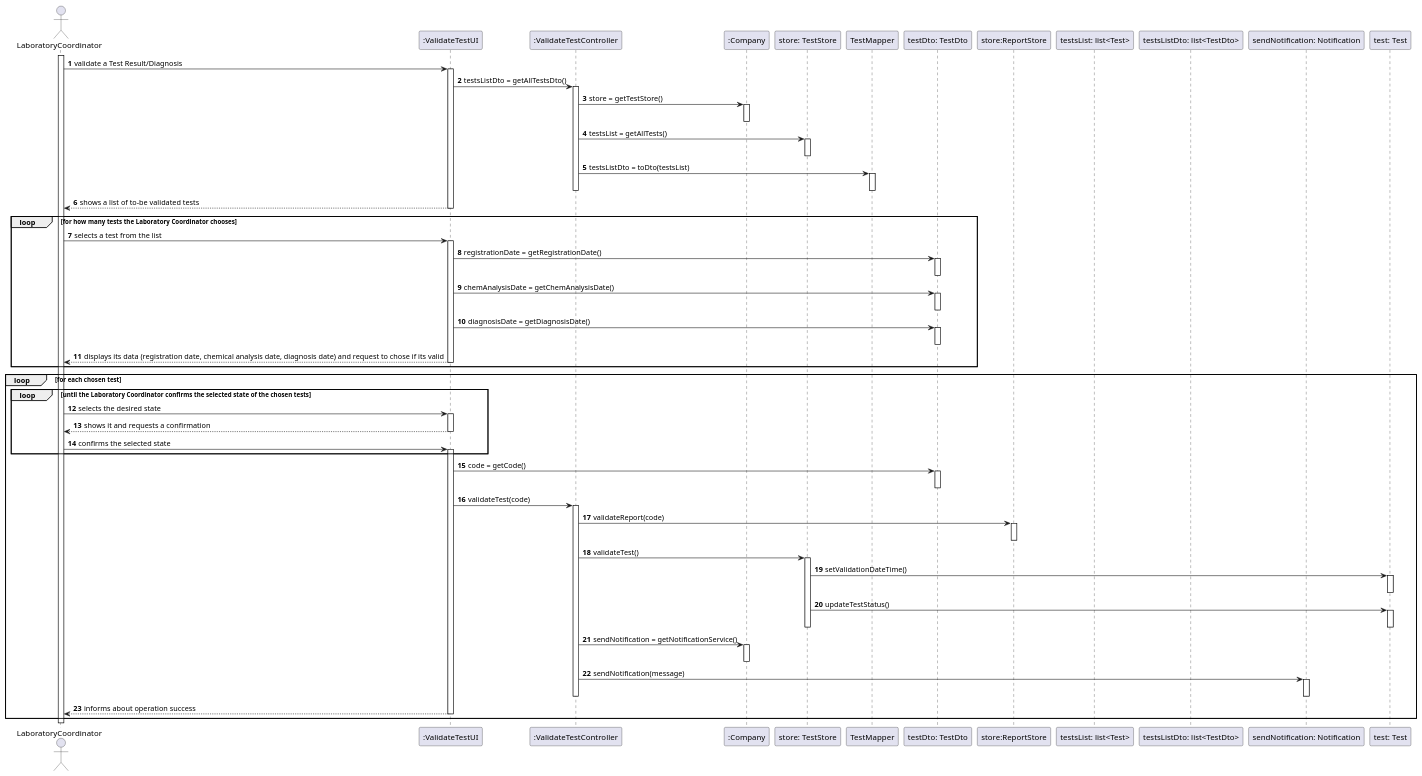
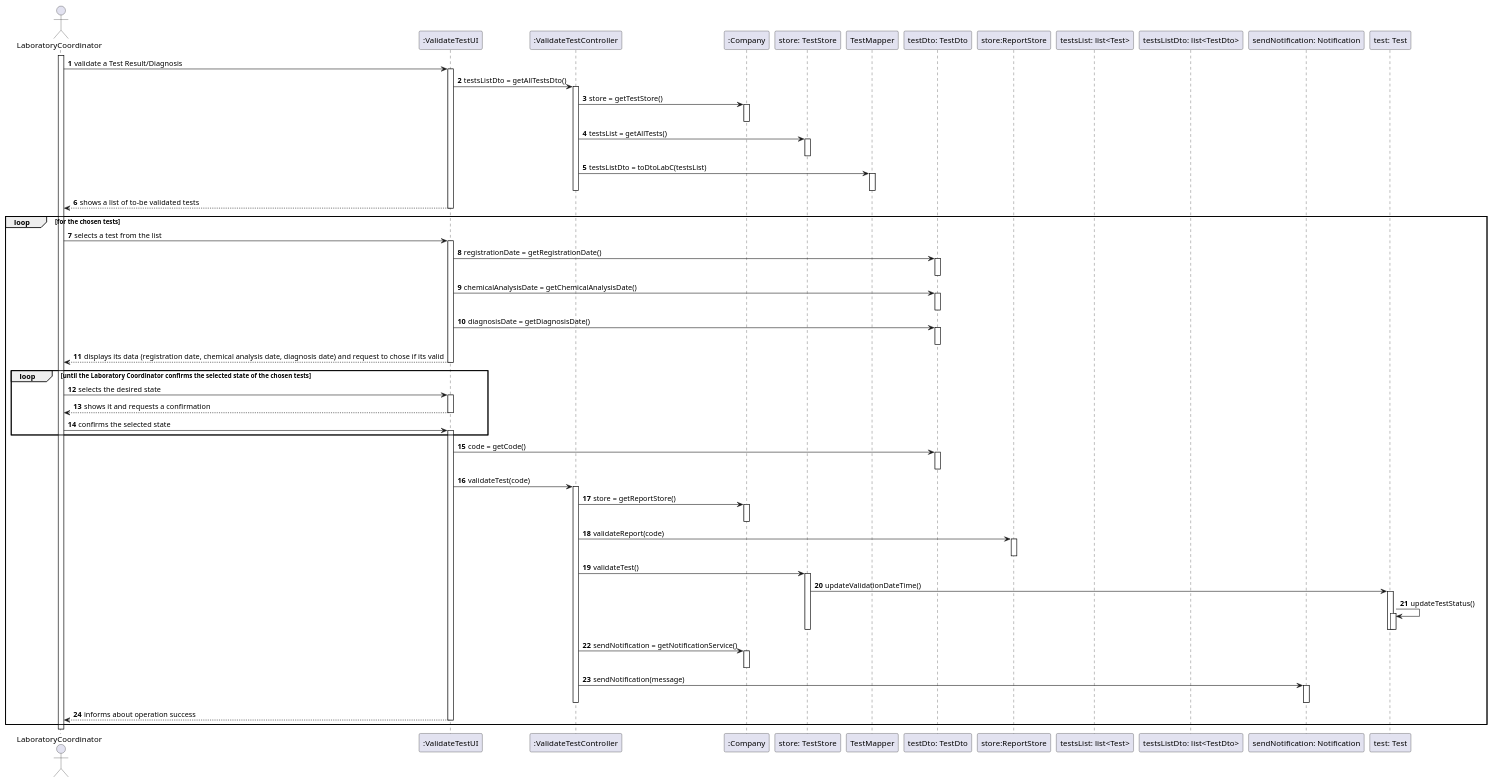
The diagram in docs/SprintC/US15/US15-SD.puml (0franciscor/lei-21-s2-1de-g19), drawn with PlantUML before and after one commit. The commit also changed 9 other files, not shown here.

Commit message:
[US14, US15, DM] - Alterações na classe Report, Alterações dos Diagramas e Alterações no modelo de domínio.

```diff
--- a/docs/SprintC/US15/US15-SD.puml
+++ b/docs/SprintC/US15/US15-SD.puml
@@ -1,139 +1,140 @@
 @startuml
 autonumber
 
 actor "LaboratoryCoordinator" as labC
 activate labC
 
 participant ":ValidateTestUI" as validateTestUI
 participant ":ValidateTestController" as validateTestCont
 participant ":Company" as comp
 participant "store: TestStore" as TestStore
 participant "TestMapper" as TestMapper
 participant "testDto: TestDto" as TestDto
 participant "store:ReportStore" as ReportStore
 participant "testsList: list<Test>" as testsList
 participant "testsListDto: list<TestDto>" as testsListDto
 participant "sendNotification: Notification" as notification
 participant "test: Test" as test
 
 
 labC -> validateTestUI : validate a Test Result/Diagnosis
 
 
 activate validateTestUI
 validateTestUI -> validateTestCont: testsListDto = getAllTestsDto()
 
 
 activate validateTestCont
 
 
 validateTestCont -> comp : store = getTestStore()
 activate comp
 deactivate comp
 
 
 validateTestCont -> TestStore : testsList = getAllTests()
 activate TestStore
 deactivate TestStore
 
 
-validateTestCont -> TestMapper : testsListDto = toDto(testsList)
+validateTestCont -> TestMapper : testsListDto = toDtoLabC(testsList)
 activate TestMapper
 deactivate TestMapper
 
 
 deactivate validateTestCont
 
 
 validateTestUI --> labC : shows a list of to-be validated tests
 deactivate validateTestUI
 
 
-loop for how many tests the Laboratory Coordinator chooses
+loop for the chosen tests
 labC -> validateTestUI : selects a test from the list
 activate validateTestUI
 
 
 validateTestUI -> TestDto : registrationDate = getRegistrationDate()
 activate TestDto
 deactivate TestDto
 
 
-validateTestUI -> TestDto : chemAnalysisDate = getChemAnalysisDate()
+validateTestUI -> TestDto : chemicalAnalysisDate = getChemicalAnalysisDate()
 activate TestDto
 deactivate TestDto
 
 
 validateTestUI -> TestDto : diagnosisDate = getDiagnosisDate()
 activate TestDto
 deactivate TestDto
 
 
 validateTestUI --> labC : displays its data (registration date, chemical analysis date, diagnosis date) and request to chose if its valid
 deactivate validateTestUI
-end
-
-
 
 
 deactivate validateTestUI
 
-loop for each chosen test
 
 loop until the Laboratory Coordinator confirms the selected state of the chosen tests
 labC -> validateTestUI : selects the desired state
 activate validateTestUI
 
 
 validateTestUI --> labC : shows it and requests a confirmation
 deactivate validateTestUI
 
 labC -> validateTestUI : confirms the selected state
 activate validateTestUI
 end
 
 
 validateTestUI -> TestDto : code = getCode()
 activate TestDto
 deactivate TestDto
 
 
 validateTestUI -> validateTestCont : validateTest(code)
 
 
 activate validateTestCont
+
+validateTestCont -> comp: store = getReportStore()
+activate comp
+deactivate comp
+
+
 validateTestCont -> ReportStore : validateReport(code)
 activate ReportStore
 deactivate ReportStore
 
 validateTestCont -> TestStore : validateTest()
 activate TestStore
 
 
-TestStore -> test : setValidationDateTime()
-activate test
-deactivate test
+TestStore -> test ++: updateValidationDateTime()
 
 
-TestStore -> test : updateTestStatus()
-activate test
+test -> test ++: updateTestStatus()
+deactivate test
 deactivate test
 deactivate TestStore
 
 
 validateTestCont -> comp: sendNotification = getNotificationService()
 activate comp
 deactivate comp
+
 
 validateTestCont -> notification: sendNotification(message)
 activate notification
 deactivate notification
 deactivate validateTestCont
 
 
 validateTestUI --> labC : informs about operation success
 deactivate validateTestCont
 deactivate validateTestUI
 
 end
 @enduml
```
